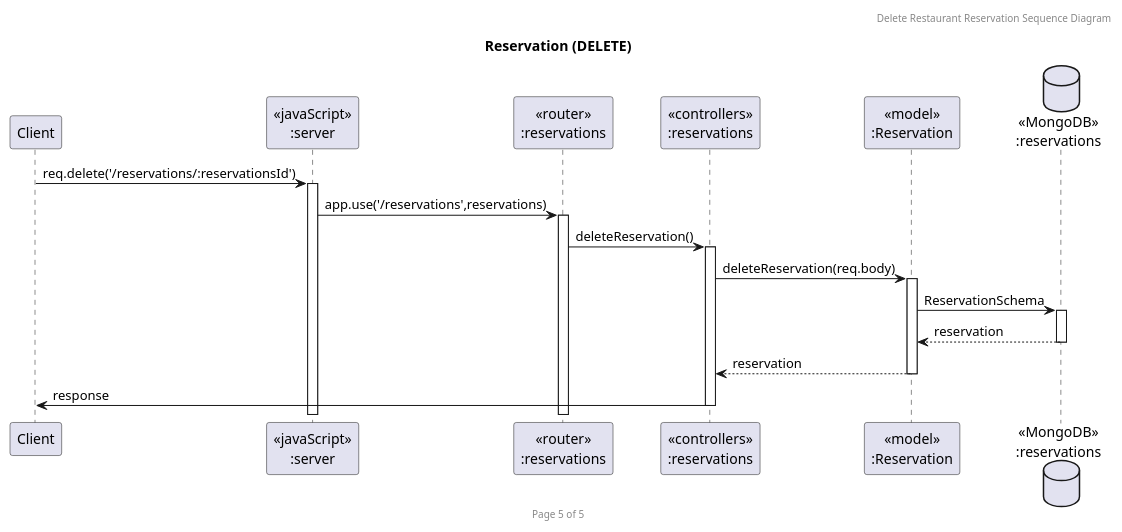
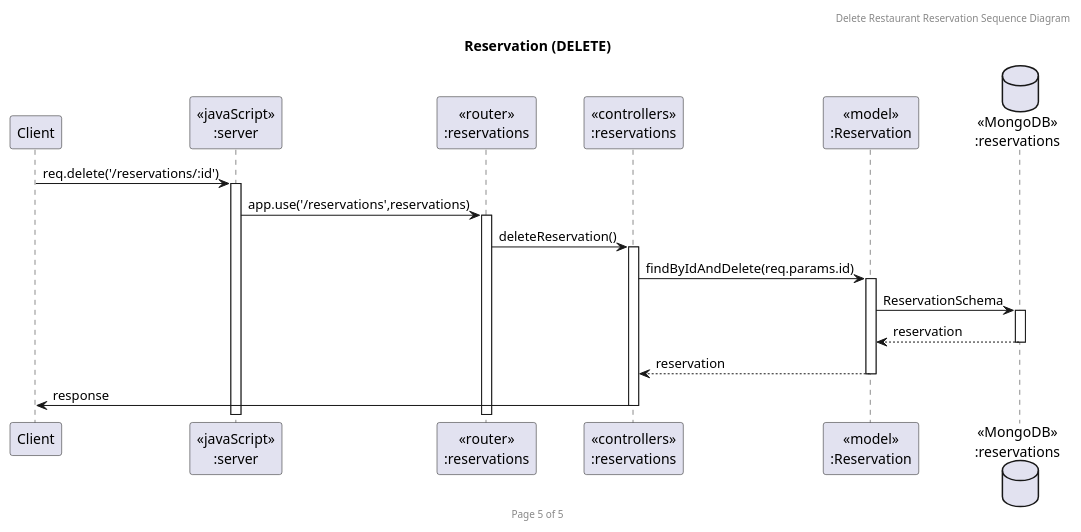
Before and after one commit to marshmeowllo/RestaurantReservation: the diagram in Sequence Diagram/Reservation/ReservationDelete.puml, drawn with PlantUML. The commit also changed 12 other files, not shown here.

```diff
--- a/Sequence Diagram/Reservation/ReservationDelete.puml
+++ b/Sequence Diagram/Reservation/ReservationDelete.puml
@@ -1,23 +1,23 @@
 @startuml Reservation (DELETE)
 
 header Delete Restaurant Reservation Sequence Diagram
 footer Page 5 of 5
 title "Reservation (DELETE)"
 
 participant "Client" as client
 participant "<<javaScript>>\n:server" as server
 participant "<<router>>\n:reservations" as routerReservations
 participant "<<controllers>>\n:reservations" as controllersReservations
 participant "<<model>>\n:Reservation" as modelReservation
 database "<<MongoDB>>\n:reservations" as ReservationDatabase
 
-client->server ++:req.delete('/reservations/:reservationsId')
+client->server ++:req.delete('/reservations/:id')
 server->routerReservations ++:app.use('/reservations',reservations)
 routerReservations->controllersReservations ++:deleteReservation()
-controllersReservations ->modelReservation ++: deleteReservation(req.body)
+controllersReservations ->modelReservation ++: findByIdAndDelete(req.params.id)
 modelReservation -> ReservationDatabase ++: ReservationSchema
 ReservationDatabase --> modelReservation --: reservation
 controllersReservations <-- modelReservation --:reservation
 controllersReservations->client --:response
 
 @enduml
```
